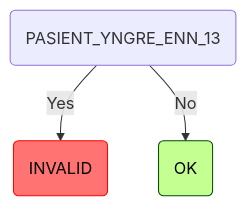
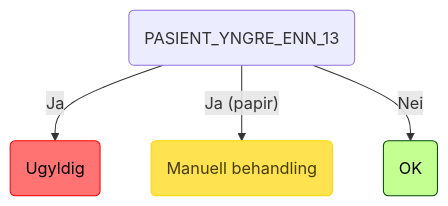
One commit to navikt/regulus-regula changed the sixth of 8 diagrams in README.md. Above: the diagram before and after it, drawn with Mermaid. The commit also changed other lines of this file and 21 other files, not shown here.

Commit message:
chore: show ExecutionMode.PAPIR in mermaid docs, also make mermaid graphs norskwegian

````diff
--- a/README.md
+++ b/README.md
@@ -164,8 +192,9 @@
 ```mermaid
 graph TD
-    root(PASIENT_YNGRE_ENN_13) -->|Yes| root_PASIENT_YNGRE_ENN_13_INVALID(INVALID):::invalid
-    root(PASIENT_YNGRE_ENN_13) -->|No| root_PASIENT_YNGRE_ENN_13_OK(OK):::ok
+    root(PASIENT_YNGRE_ENN_13) -->|Ja| root_PASIENT_YNGRE_ENN_13_INVALID(Ugyldig):::invalid
+    root(PASIENT_YNGRE_ENN_13) -->|"Ja (papir)"| root_PASIENT_YNGRE_ENN_13_INVALID_papir(Manuell behandling):::manuell
+    root(PASIENT_YNGRE_ENN_13) -->|Nei| root_PASIENT_YNGRE_ENN_13_OK(OK):::ok
     classDef ok fill:#c3ff91,stroke:#004a00,color: black;
     classDef invalid fill:#ff7373,stroke:#ff0000,color: black;
     classDef manuell fill:#ffe24f,stroke:#ffd500,color: #473c00;
 ```
````
